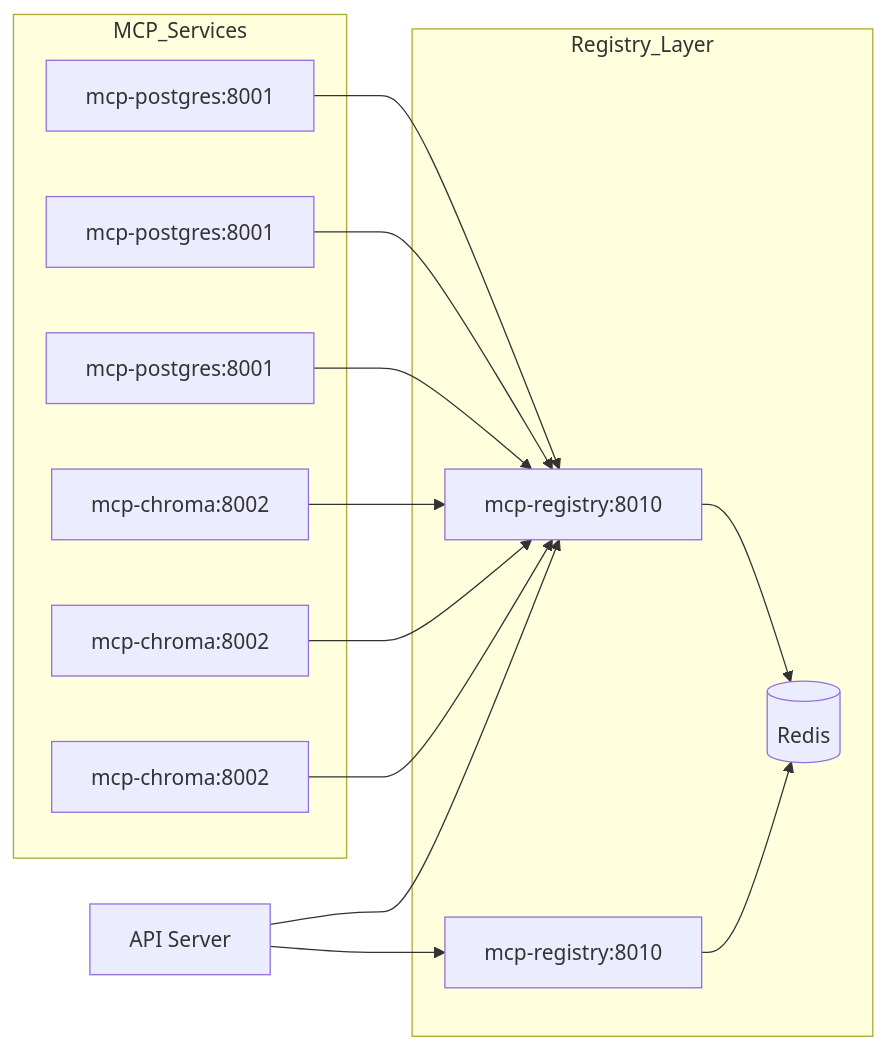
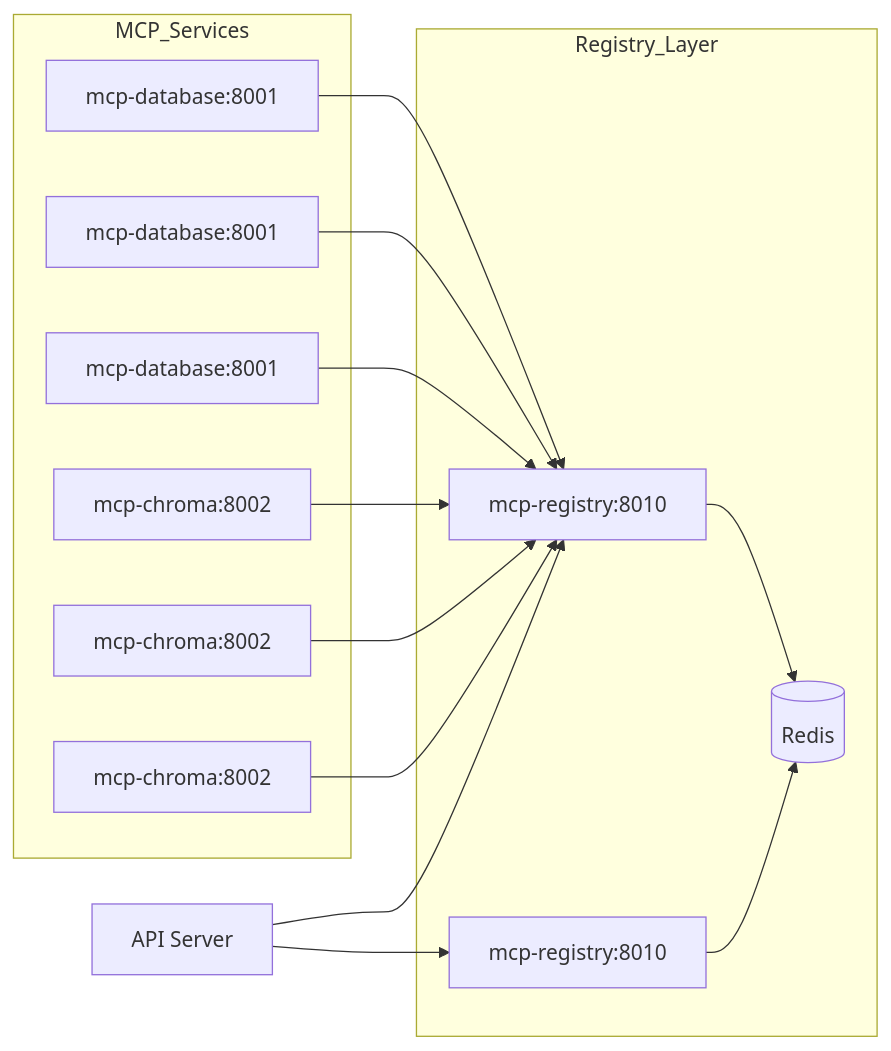
One commit to nadermedhet148/sql-insight-engine changed the second of 2 diagrams in README.md. Above: the diagram before and after it, drawn with Mermaid. The commit also changed other lines of this file and 16 other files, not shown here.

````diff
--- a/README.md
+++ b/README.md
@@ -71,24 +71,24 @@
 ```mermaid
 graph LR
     subgraph MCP_Services
-        P1[mcp-postgres:8001]
-        P2[mcp-postgres:8001]
-        P3[mcp-postgres:8001]
+        P1[mcp-database:8001]
+        P2[mcp-database:8001]
+        P3[mcp-database:8001]
         C1[mcp-chroma:8002]
         C2[mcp-chroma:8002]
         C3[mcp-chroma:8002]
     end
 
     subgraph Registry_Layer
         R1[mcp-registry:8010]
         R2[mcp-registry:8010]
         Redis[(Redis)]
     end
 
     P1 & P2 & P3 --> R1
     C1 & C2 & C3 --> R1
     R1 & R2 --> Redis
 
     API[API Server] --> R1
     API --> R2
 ```
````
